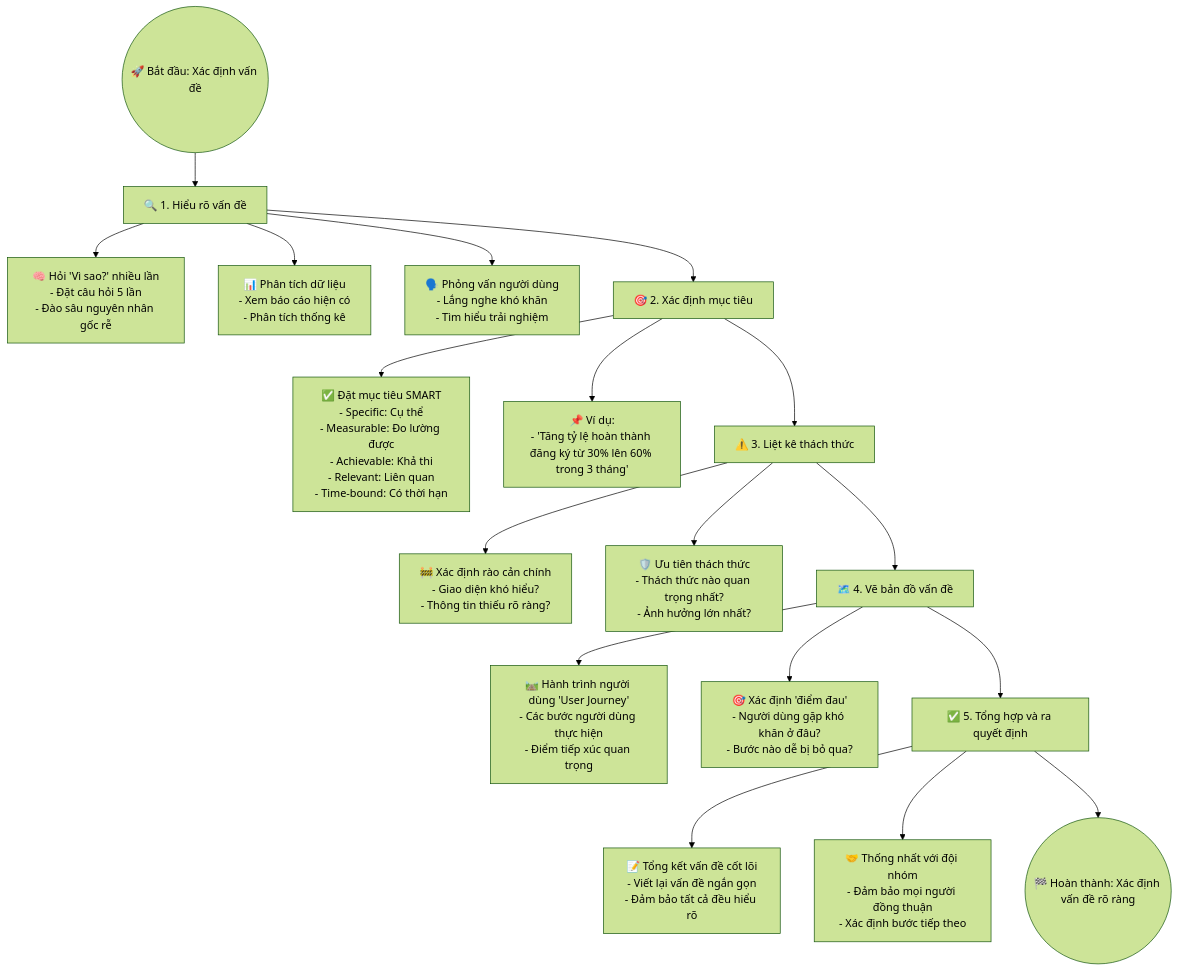
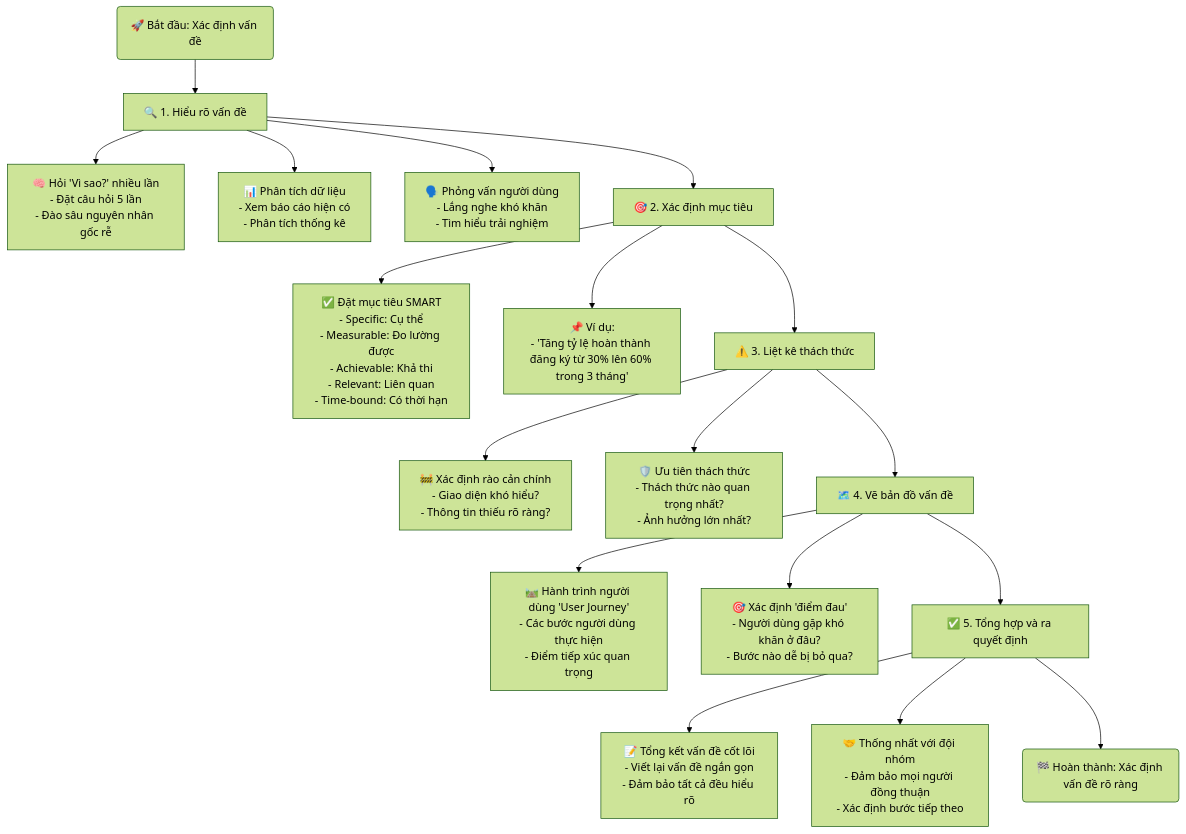
The diagram in docs/designsprintkit/understand.mmd (qtvhao/quickcurl), drawn with Mermaid (forest theme) before and after one commit. The commit also changed 22 other files, not shown here.

Commit message:
Enhance problem framing documentation with improved examples and add root cause analysis flowcharts

```diff
--- a/docs/designsprintkit/understand.mmd
+++ b/docs/designsprintkit/understand.mmd
@@ -1,29 +1,29 @@
 flowchart TD
     %% BẮT ĐẦU QUY TRÌNH
-    A((🚀 Bắt đầu: Xác định vấn đề)) --> B[🔍 1. Hiểu rõ vấn đề]
+    A(🚀 Bắt đầu: Xác định vấn đề) --> B[🔍 1. Hiểu rõ vấn đề]
     B --> B1[🧠 Hỏi 'Vì sao?' nhiều lần<br>- Đặt câu hỏi 5 lần<br>- Đào sâu nguyên nhân gốc rễ]
     B --> B2[📊 Phân tích dữ liệu<br>- Xem báo cáo hiện có<br>- Phân tích thống kê]
     B --> B3[🗣️ Phỏng vấn người dùng<br>- Lắng nghe khó khăn<br>- Tìm hiểu trải nghiệm]
 
     %% MỤC TIÊU RÕ RÀNG
     B --> C[🎯 2. Xác định mục tiêu]
     C --> C1[✅ Đặt mục tiêu SMART<br>- Specific: Cụ thể<br>- Measurable: Đo lường được<br>- Achievable: Khả thi<br>- Relevant: Liên quan<br>- Time-bound: Có thời hạn]
     C --> C2[📌 Ví dụ:<br>- 'Tăng tỷ lệ hoàn thành đăng ký từ 30% lên 60% trong 3 tháng']
 
     %% LIỆT KÊ THÁCH THỨC
     C --> D[⚠️ 3. Liệt kê thách thức]
     D --> D1[🚧 Xác định rào cản chính<br>- Giao diện khó hiểu?<br>- Thông tin thiếu rõ ràng?]
     D --> D2[🛡️ Ưu tiên thách thức<br>- Thách thức nào quan trọng nhất?<br>- Ảnh hưởng lớn nhất?]
 
     %% VẼ BẢN ĐỒ VẤN ĐỀ
     D --> E[🗺️ 4. Vẽ bản đồ vấn đề]
     E --> E1[🛤️ Hành trình người dùng 'User Journey'<br>- Các bước người dùng thực hiện<br>- Điểm tiếp xúc quan trọng]
     E --> E2[🎯 Xác định 'điểm đau'<br>- Người dùng gặp khó khăn ở đâu?<br>- Bước nào dễ bị bỏ qua?]
 
     %% RA QUYẾT ĐỊNH
     E --> F[✅ 5. Tổng hợp và ra quyết định]
     F --> F1[📝 Tổng kết vấn đề cốt lõi<br>- Viết lại vấn đề ngắn gọn<br>- Đảm bảo tất cả đều hiểu rõ]
     F --> F2[🤝 Thống nhất với đội nhóm<br>- Đảm bảo mọi người đồng thuận<br>- Xác định bước tiếp theo]
 
     %% HOÀN THÀNH
-    F --> Z((🏁 Hoàn thành: Xác định vấn đề rõ ràng))
+    F --> Z(🏁 Hoàn thành: Xác định vấn đề rõ ràng)
```
